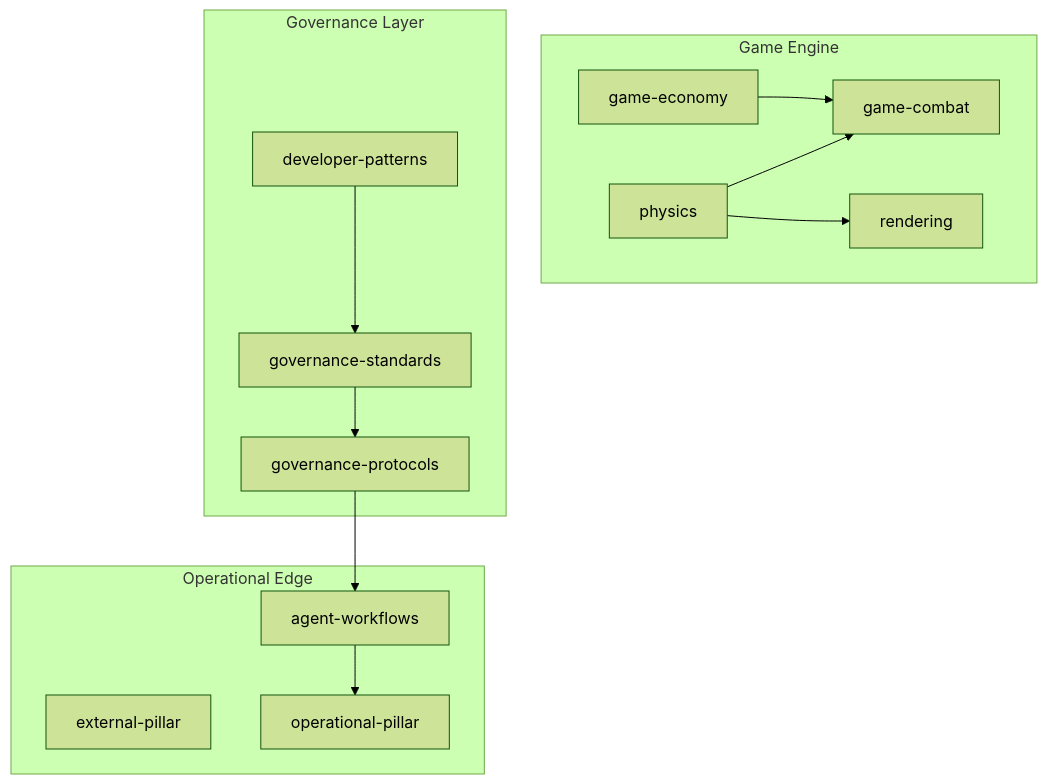
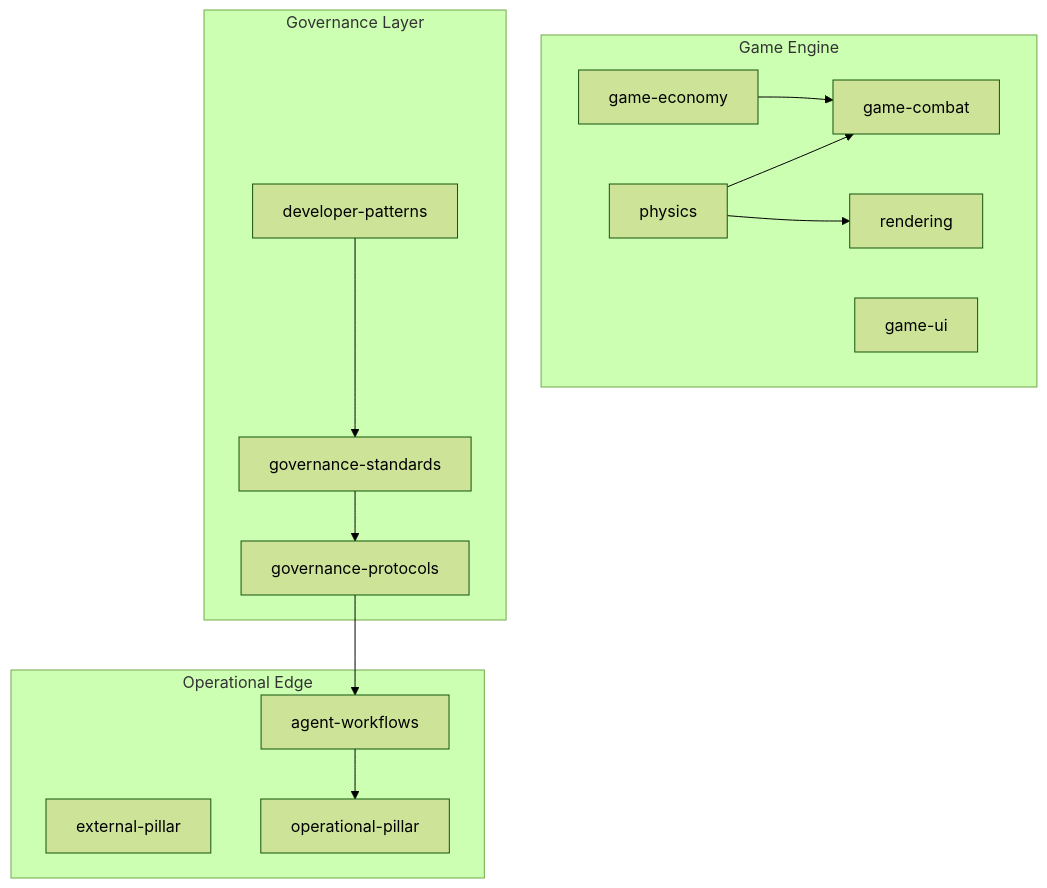
One commit to Gizmo4Life/space-game changed the diagram in docs/architecture/module/readme.md. Above: the diagram before and after it, drawn with Mermaid (forest theme). The commit also changed other lines of this file and 50 other files, not shown here.

````diff
--- a/docs/architecture/module/readme.md
+++ b/docs/architecture/module/readme.md
@@ -12,27 +12,28 @@
 ```mermaid
 graph TD
     subgraph Game Engine
         Phys[physics]
         Rend[rendering]
         Comb[game-combat]
         Econ[game-economy]
+        UI[game-ui]
     end
     subgraph Governance Layer
         Prot[governance-protocols]
         Stan[governance-standards]
         Pat[developer-patterns]
     end
     subgraph Operational Edge
         Work[agent-workflows]
         Ext[external-pillar]
         Ops[operational-pillar]
     end
 
     Phys --> Comb
     Phys --> Rend
     Econ --> Comb
     Pat --> Stan
     Stan --> Prot
     Prot --> Work
     Work --> Ops
 ```
````
